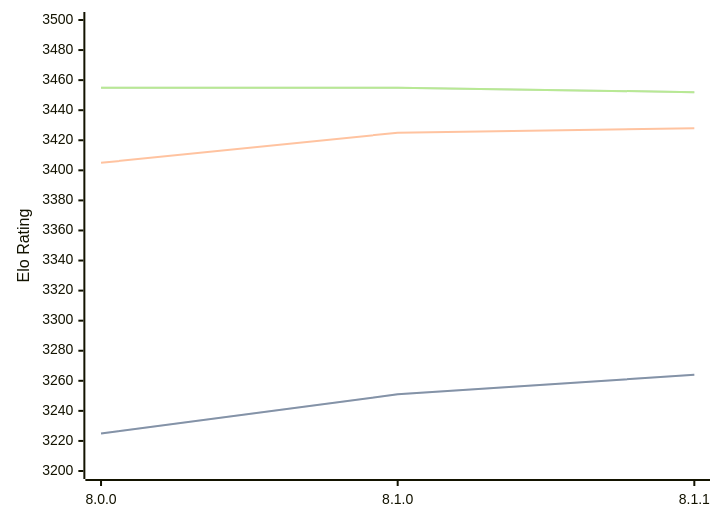
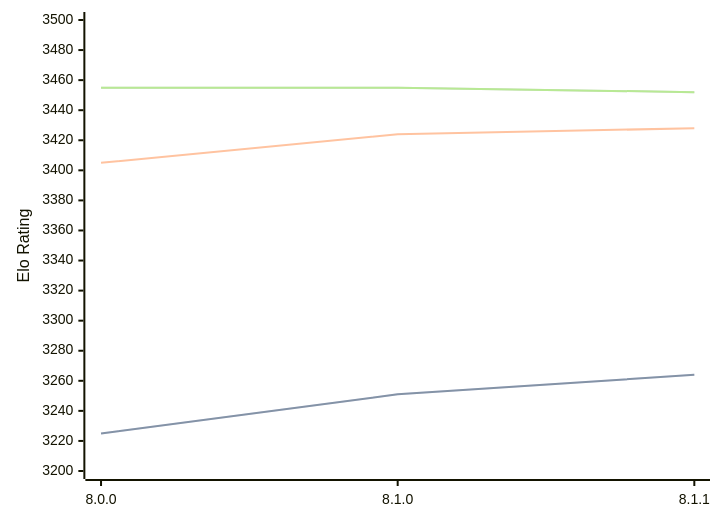
The first of 3 diagrams in engines/Velvet.md (computer-chess-index/cci), drawn with Mermaid before and after one commit. The commit also changed other lines of this file, not shown here.

````diff
--- a/engines/Velvet.md
+++ b/engines/Velvet.md
@@ -57,11 +57,11 @@
 ```mermaid
 %%{init: {"theme":"base","themeVariables":{"seriesColors:['#a3a3a3','#222221','#faa371']}}}%%
 xychart-beta
   x-axis ["8.0.0", "8.1.0", "8.1.1"]
   y-axis "Elo Rating" 3200 --> 3500
   line "STC (8.0+0.08s)" [3225, 3251, 3264]
   line "STC (8.0+0.08s)" [3225, 3251, 3264]
-  line "LTC (60.0+0.60s)" [3405, 3425, 3428]
+  line "LTC (60.0+0.60s)" [3405, 3424, 3428]
   line "VLTC (2m24s+1.12s)" [3455, 3455, 3452]
   line "VLTC (2m24s+1.12s)" [3455, 3455, 3452]
 ```
````
